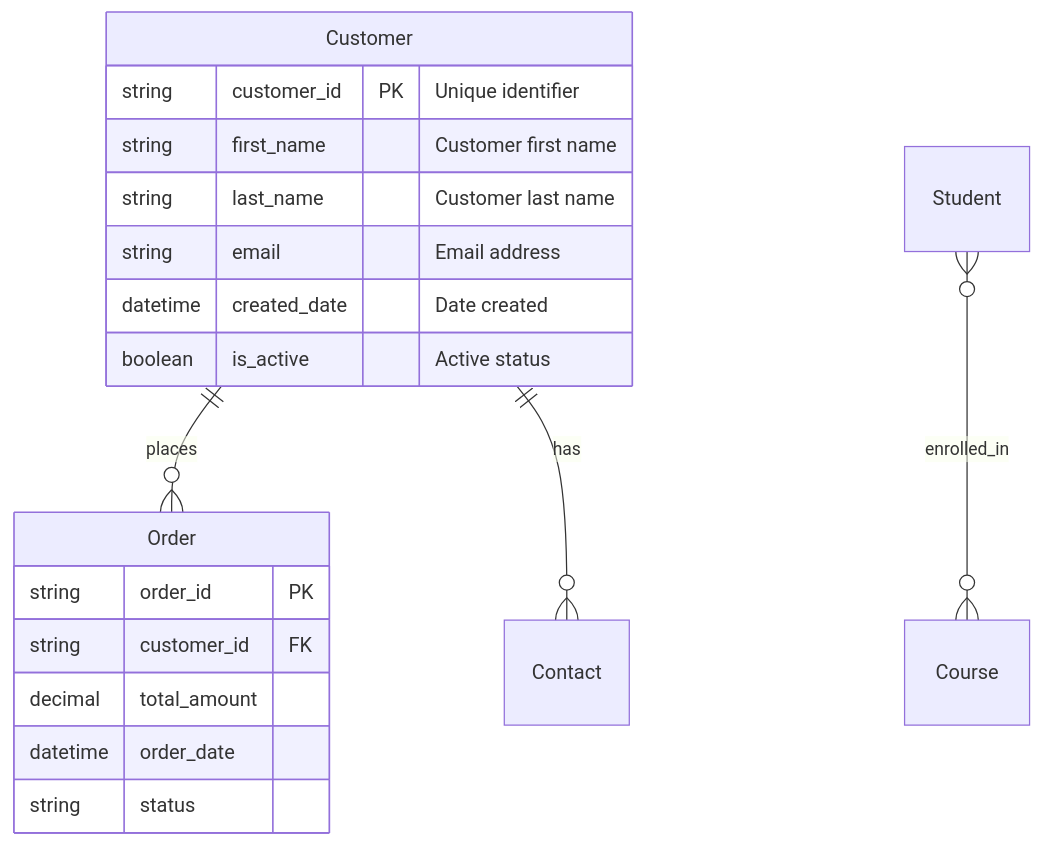
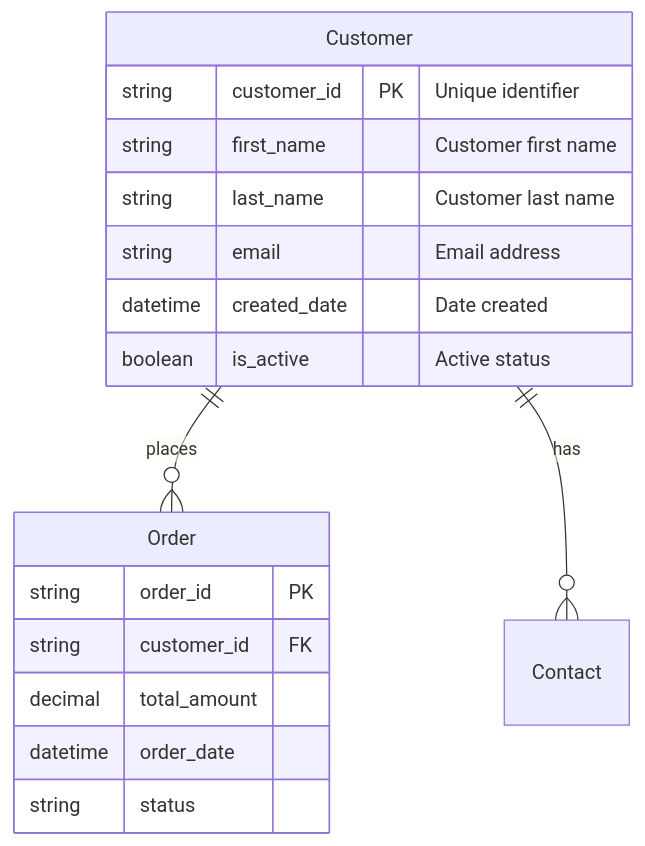
The first of 4 diagrams in docs/DEVELOPER_ARCHITECTURE.md (LuiseFreese/mermaid), drawn with Mermaid before and after one commit. The commit also changed other lines of this file and 34 other files, not shown here.

````diff
--- a/docs/DEVELOPER_ARCHITECTURE.md
+++ b/docs/DEVELOPER_ARCHITECTURE.md
@@ -210,27 +85,27 @@
 ```mermaid
 erDiagram
     %% Entity definition with attributes
     Customer {
         string customer_id PK "Unique identifier"
         string first_name "Customer first name"
         string last_name "Customer last name"
         string email "Email address"
         datetime created_date "Date created"
         boolean is_active "Active status"
     }
     
     Order {
         string order_id PK
         string customer_id FK
         decimal total_amount
         datetime order_date
         string status
     }
     
-    %% Relationships with cardinality
+    %% One-to-many relationships (directly supported)
     Customer ||--o{ Order : "places"
     Customer ||--o{ Contact : "has"
     
-    %% Many-to-many via junction table
-    Student }o--o{ Course : "enrolled_in"
+    %% Note: Many-to-many relationships require explicit junction tables
+    %% See the "Advanced Relationship Handling" section for examples
 ```
````
